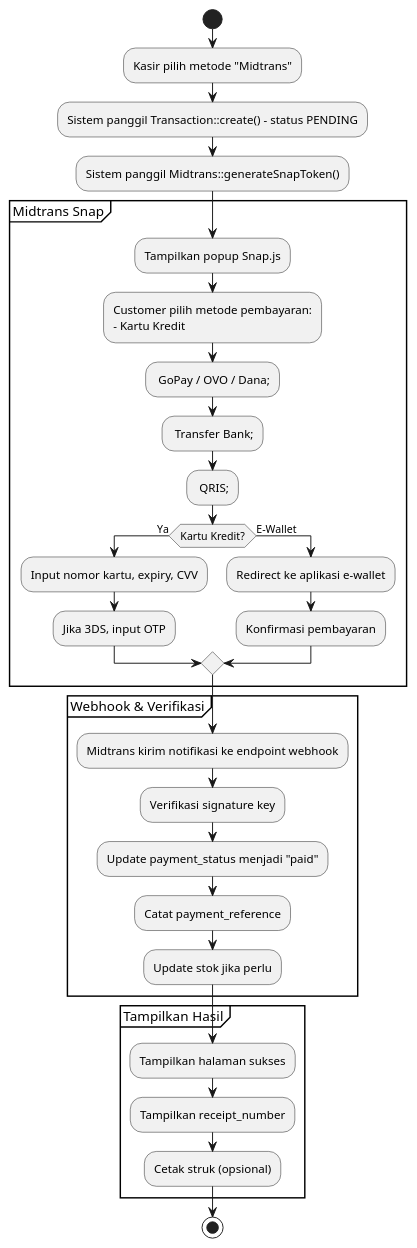
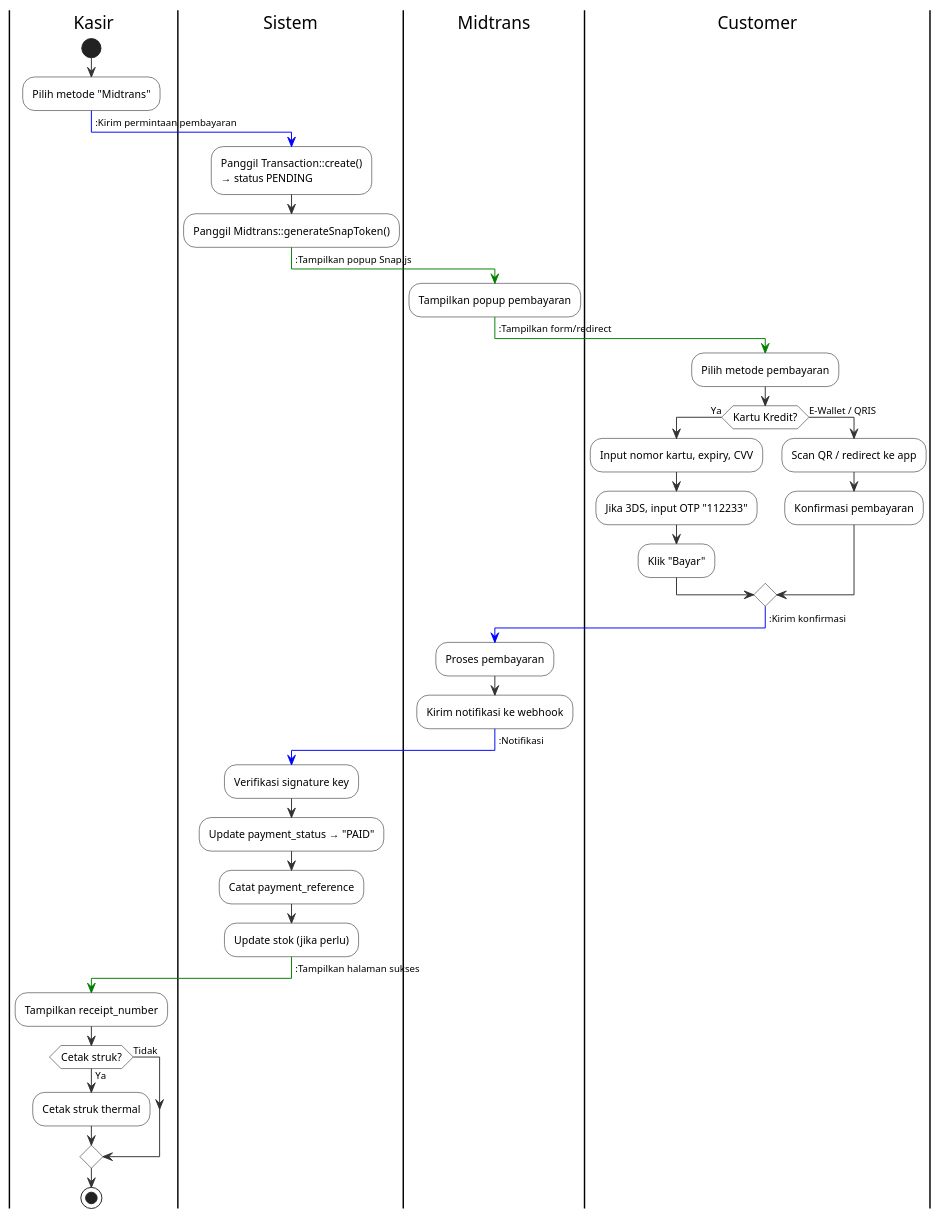
One commit to Raka-coder/laravel-si-pos-atk changed the diagram in docs/diagram/activity diagram/payment_integration.puml. Above: the diagram before and after it, drawn with PlantUML. The commit also changed 16 other files, not shown here.

```diff
--- a/docs/diagram/activity diagram/payment_integration.puml
+++ b/docs/diagram/activity diagram/payment_integration.puml
@@ -1,39 +1,66 @@
 @startuml
-start
-:Kasir pilih metode "Midtrans";
-:Sistem panggil Transaction::create() - status PENDING;
-:Sistem panggil Midtrans::generateSnapToken();
-
-partition "Midtrans Snap" {
-  :Tampilkan popup Snap.js;
-  :Customer pilih metode pembayaran:
-  - Kartu Kredit;
-  - GoPay / OVO / Dana;
-  - Transfer Bank;
-  - QRIS;
-  
-  if (Kartu Kredit?) then (Ya)
-    :Input nomor kartu, expiry, CVV;
-    :Jika 3DS, input OTP;
-  else (E-Wallet)
-    :Redirect ke aplikasi e-wallet;
-    :Konfirmasi pembayaran;
-  endif
+!pragma theme plain
+skinparam activity {
+  BackgroundColor white
+  BorderColor black
+  FontSize 11
+}
+skinparam Arrow {
+  Color #333333
+  FontSize 10
+}
+skinparam rectangle {
+  BackgroundColor white
+  BorderColor #333333
 }
 
-partition "Webhook & Verifikasi" {
-  :Midtrans kirim notifikasi ke endpoint webhook;
-  :Verifikasi signature key;
-  :Update payment_status menjadi "paid";
-  :Catat payment_reference;
-  :Update stok jika perlu;
-}
+|Kasir|
+start
+:Pilih metode "Midtrans";
+-[#blue]-> :Kirim permintaan pembayaran;
 
-partition "Tampilkan Hasil" {
-  :Tampilkan halaman sukses;
-  :Tampilkan receipt_number;
-  :Cetak struk (opsional);
-}
+|Sistem|
+:Panggil Transaction::create()
+→ status PENDING;
+:Panggil Midtrans::generateSnapToken();
+-[#green]-> :Tampilkan popup Snap.js;
+
+|Midtrans|
+:Tampilkan popup pembayaran;
+-[#green]-> :Tampilkan form/redirect;
+
+|Customer|
+:Pilih metode pembayaran;
+
+if (Kartu Kredit?) then (Ya)
+  :Input nomor kartu, expiry, CVV;
+  :Jika 3DS, input OTP "112233";
+  :Klik "Bayar";
+else (E-Wallet / QRIS)
+  :Scan QR / redirect ke app;
+  :Konfirmasi pembayaran;
+endif
+
+-[#blue]-> :Kirim konfirmasi;
+
+|Midtrans|
+:Proses pembayaran;
+:Kirim notifikasi ke webhook;
+-[#blue]-> :Notifikasi;
+
+|Sistem|
+:Verifikasi signature key;
+:Update payment_status → "PAID";
+:Catat payment_reference;
+:Update stok (jika perlu);
+-[#green]-> :Tampilkan halaman sukses;
+
+|Kasir|
+:Tampilkan receipt_number;
+if (Cetak struk?) then (Ya)
+  :Cetak struk thermal;
+else (Tidak)
+endif
 
 stop
 @enduml
```
